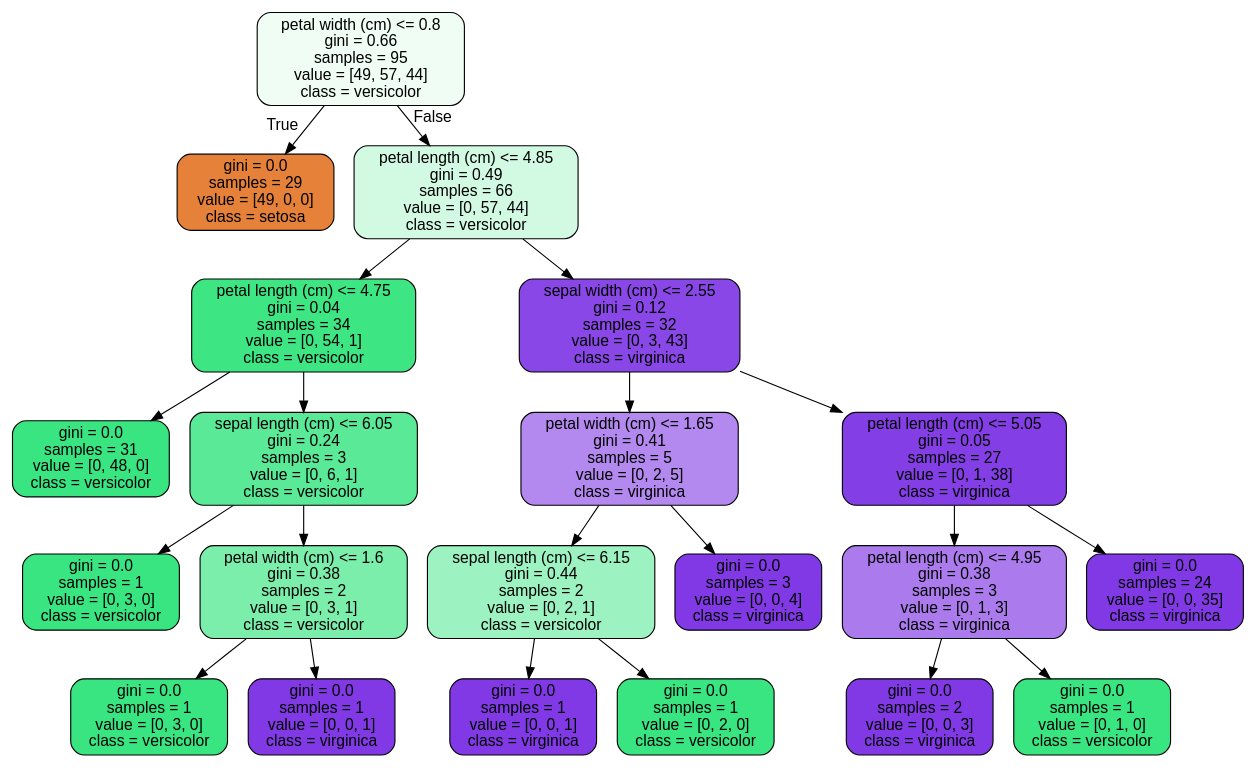
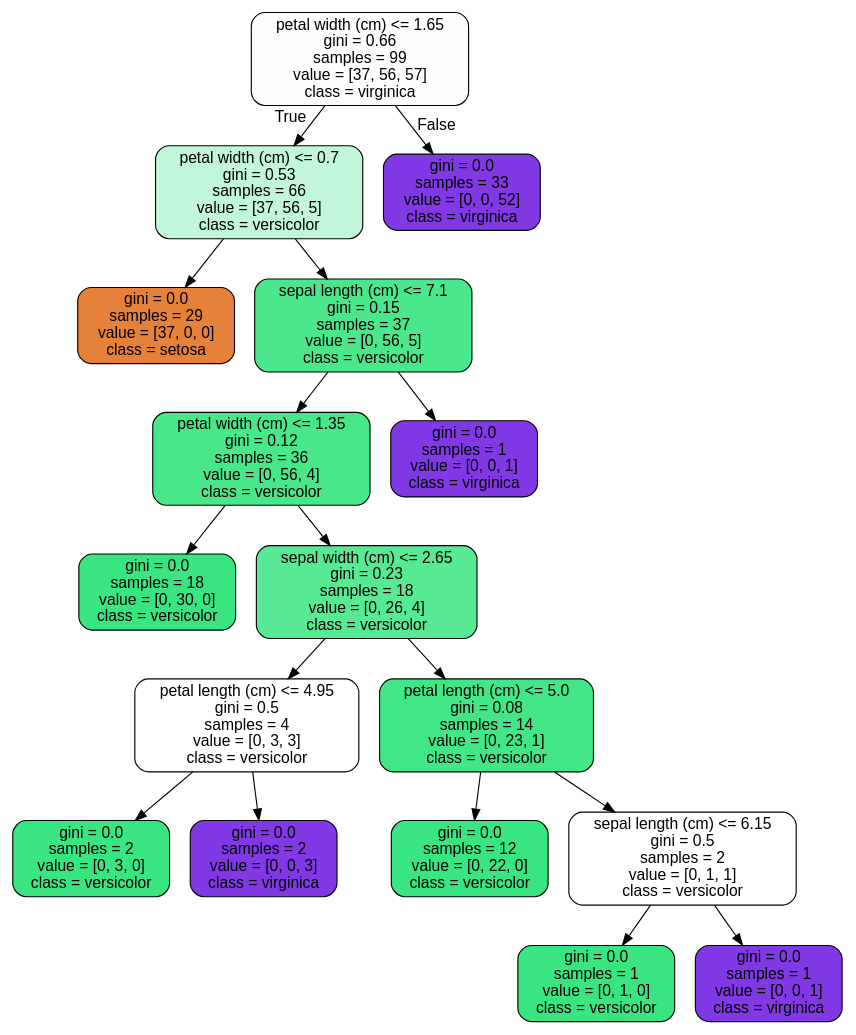
The diagram in tree.dot (easonlai/decision-tree-sample), drawn with Graphviz before and after one commit. The commit also changed 6 other files, not shown here.

```diff
--- a/tree.dot
+++ b/tree.dot
@@ -1,45 +1,37 @@
 digraph Tree {
 node [shape=box, style="filled, rounded", color="black", fontname=helvetica] ;
 edge [fontname=helvetica] ;
-0 [label="petal width (cm) <= 0.8\ngini = 0.66\nsamples = 95\nvalue = [49, 57, 44]\nclass = versicolor", fillcolor="#effdf5"] ;
-1 [label="gini = 0.0\nsamples = 29\nvalue = [49, 0, 0]\nclass = setosa", fillcolor="#e58139"] ;
+0 [label="petal width (cm) <= 1.65\ngini = 0.66\nsamples = 99\nvalue = [37, 56, 57]\nclass = virginica", fillcolor="#fefdff"] ;
+1 [label="petal width (cm) <= 0.7\ngini = 0.53\nsamples = 66\nvalue = [37, 56, 5]\nclass = versicolor", fillcolor="#c1f7d8"] ;
 0 -> 1 [labeldistance=2.5, labelangle=45, headlabel="True"] ;
-2 [label="petal length (cm) <= 4.85\ngini = 0.49\nsamples = 66\nvalue = [0, 57, 44]\nclass = versicolor", fillcolor="#d2f9e2"] ;
-0 -> 2 [labeldistance=2.5, labelangle=-45, headlabel="False"] ;
-3 [label="petal length (cm) <= 4.75\ngini = 0.04\nsamples = 34\nvalue = [0, 54, 1]\nclass = versicolor", fillcolor="#3de583"] ;
-2 -> 3 ;
-4 [label="gini = 0.0\nsamples = 31\nvalue = [0, 48, 0]\nclass = versicolor", fillcolor="#39e581"] ;
+2 [label="gini = 0.0\nsamples = 29\nvalue = [37, 0, 0]\nclass = setosa", fillcolor="#e58139"] ;
+1 -> 2 ;
+3 [label="sepal length (cm) <= 7.1\ngini = 0.15\nsamples = 37\nvalue = [0, 56, 5]\nclass = versicolor", fillcolor="#4be78c"] ;
+1 -> 3 ;
+4 [label="petal width (cm) <= 1.35\ngini = 0.12\nsamples = 36\nvalue = [0, 56, 4]\nclass = versicolor", fillcolor="#47e78a"] ;
 3 -> 4 ;
-5 [label="sepal length (cm) <= 6.05\ngini = 0.24\nsamples = 3\nvalue = [0, 6, 1]\nclass = versicolor", fillcolor="#5ae996"] ;
-3 -> 5 ;
-6 [label="gini = 0.0\nsamples = 1\nvalue = [0, 3, 0]\nclass = versicolor", fillcolor="#39e581"] ;
-5 -> 6 ;
-7 [label="petal width (cm) <= 1.6\ngini = 0.38\nsamples = 2\nvalue = [0, 3, 1]\nclass = versicolor", fillcolor="#7beeab"] ;
-5 -> 7 ;
-8 [label="gini = 0.0\nsamples = 1\nvalue = [0, 3, 0]\nclass = versicolor", fillcolor="#39e581"] ;
+5 [label="gini = 0.0\nsamples = 18\nvalue = [0, 30, 0]\nclass = versicolor", fillcolor="#39e581"] ;
+4 -> 5 ;
+6 [label="sepal width (cm) <= 2.65\ngini = 0.23\nsamples = 18\nvalue = [0, 26, 4]\nclass = versicolor", fillcolor="#57e994"] ;
+4 -> 6 ;
+7 [label="petal length (cm) <= 4.95\ngini = 0.5\nsamples = 4\nvalue = [0, 3, 3]\nclass = versicolor", fillcolor="#ffffff"] ;
+6 -> 7 ;
+8 [label="gini = 0.0\nsamples = 2\nvalue = [0, 3, 0]\nclass = versicolor", fillcolor="#39e581"] ;
 7 -> 8 ;
-9 [label="gini = 0.0\nsamples = 1\nvalue = [0, 0, 1]\nclass = virginica", fillcolor="#8139e5"] ;
+9 [label="gini = 0.0\nsamples = 2\nvalue = [0, 0, 3]\nclass = virginica", fillcolor="#8139e5"] ;
 7 -> 9 ;
-10 [label="sepal width (cm) <= 2.55\ngini = 0.12\nsamples = 32\nvalue = [0, 3, 43]\nclass = virginica", fillcolor="#8a47e7"] ;
-2 -> 10 ;
-11 [label="petal width (cm) <= 1.65\ngini = 0.41\nsamples = 5\nvalue = [0, 2, 5]\nclass = virginica", fillcolor="#b388ef"] ;
+10 [label="petal length (cm) <= 5.0\ngini = 0.08\nsamples = 14\nvalue = [0, 23, 1]\nclass = versicolor", fillcolor="#42e686"] ;
+6 -> 10 ;
+11 [label="gini = 0.0\nsamples = 12\nvalue = [0, 22, 0]\nclass = versicolor", fillcolor="#39e581"] ;
 10 -> 11 ;
-12 [label="sepal length (cm) <= 6.15\ngini = 0.44\nsamples = 2\nvalue = [0, 2, 1]\nclass = versicolor", fillcolor="#9cf2c0"] ;
-11 -> 12 ;
-13 [label="gini = 0.0\nsamples = 1\nvalue = [0, 0, 1]\nclass = virginica", fillcolor="#8139e5"] ;
+12 [label="sepal length (cm) <= 6.15\ngini = 0.5\nsamples = 2\nvalue = [0, 1, 1]\nclass = versicolor", fillcolor="#ffffff"] ;
+10 -> 12 ;
+13 [label="gini = 0.0\nsamples = 1\nvalue = [0, 1, 0]\nclass = versicolor", fillcolor="#39e581"] ;
 12 -> 13 ;
-14 [label="gini = 0.0\nsamples = 1\nvalue = [0, 2, 0]\nclass = versicolor", fillcolor="#39e581"] ;
+14 [label="gini = 0.0\nsamples = 1\nvalue = [0, 0, 1]\nclass = virginica", fillcolor="#8139e5"] ;
 12 -> 14 ;
-15 [label="gini = 0.0\nsamples = 3\nvalue = [0, 0, 4]\nclass = virginica", fillcolor="#8139e5"] ;
-11 -> 15 ;
-16 [label="petal length (cm) <= 5.05\ngini = 0.05\nsamples = 27\nvalue = [0, 1, 38]\nclass = virginica", fillcolor="#843ee6"] ;
-10 -> 16 ;
-17 [label="petal length (cm) <= 4.95\ngini = 0.38\nsamples = 3\nvalue = [0, 1, 3]\nclass = virginica", fillcolor="#ab7bee"] ;
-16 -> 17 ;
-18 [label="gini = 0.0\nsamples = 2\nvalue = [0, 0, 3]\nclass = virginica", fillcolor="#8139e5"] ;
-17 -> 18 ;
-19 [label="gini = 0.0\nsamples = 1\nvalue = [0, 1, 0]\nclass = versicolor", fillcolor="#39e581"] ;
-17 -> 19 ;
-20 [label="gini = 0.0\nsamples = 24\nvalue = [0, 0, 35]\nclass = virginica", fillcolor="#8139e5"] ;
-16 -> 20 ;
+15 [label="gini = 0.0\nsamples = 1\nvalue = [0, 0, 1]\nclass = virginica", fillcolor="#8139e5"] ;
+3 -> 15 ;
+16 [label="gini = 0.0\nsamples = 33\nvalue = [0, 0, 52]\nclass = virginica", fillcolor="#8139e5"] ;
+0 -> 16 [labeldistance=2.5, labelangle=-45, headlabel="False"] ;
 }
```
